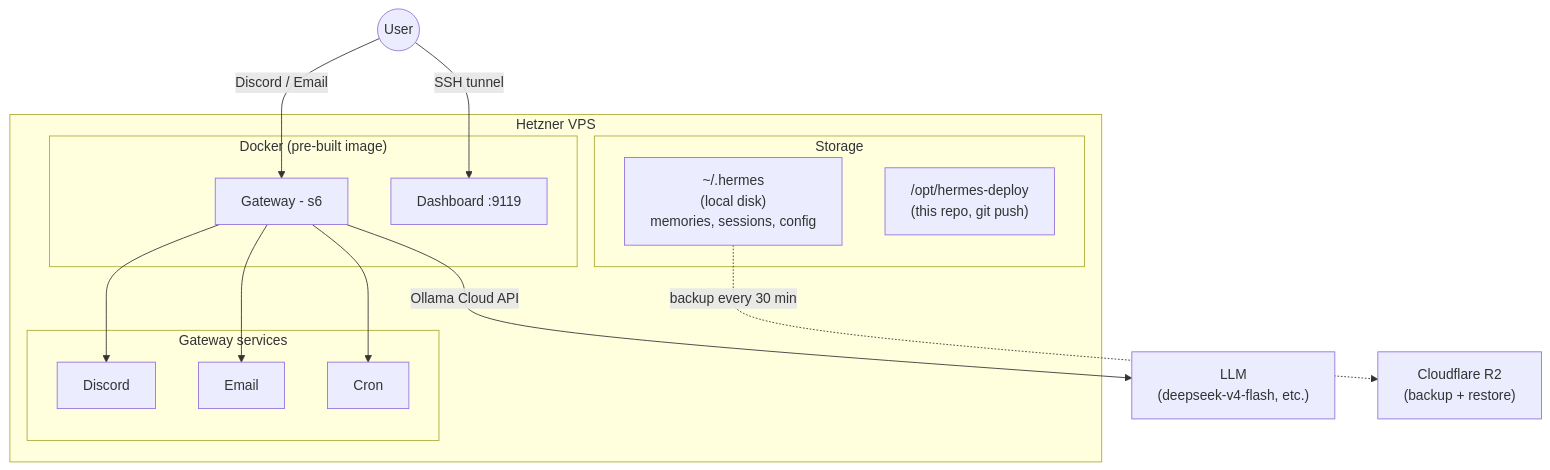
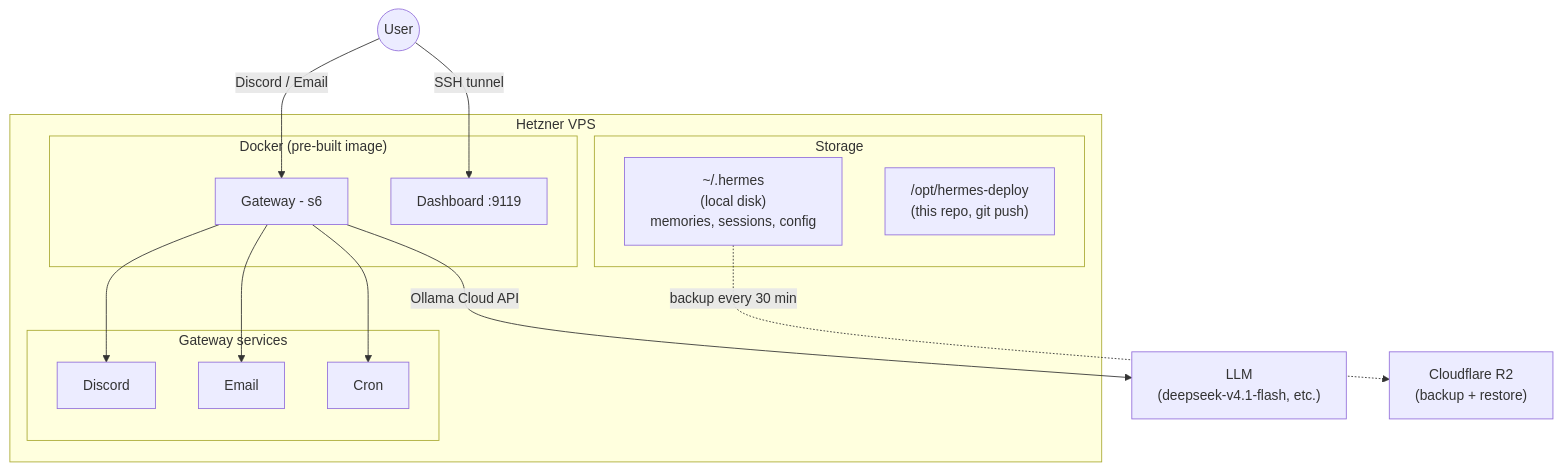
One commit to francescomucio/hermes-deploy changed the diagram in README.md. Above: the diagram before and after it, drawn with Mermaid. The commit also changed other lines of this file and 2 other files, not shown here.

First line of the commit message:
Finish deepseek-v4.1-flash migration: root config.yaml and stragglers

````diff
--- a/README.md
+++ b/README.md
@@ -9,32 +9,32 @@
 ```mermaid
 graph TB
     User((User))
 
     User -->|Discord / Email| GW
     User -->|SSH tunnel| DB
 
     subgraph VPS[Hetzner VPS]
         subgraph Docker["Docker (pre-built image)"]
             GW[Gateway - s6]
             DB[Dashboard :9119]
         end
 
         subgraph Services[Gateway services]
             Discord
             Email
             Cron
         end
 
         subgraph Storage
             DATA["~/.hermes<br/>(local disk)<br/>memories, sessions, config"]
             REPO["/opt/hermes-deploy<br/>(this repo, git push)"]
         end
 
         GW --> Discord
         GW --> Email
         GW --> Cron
     end
 
-    GW -->|Ollama Cloud API| LLM["LLM<br/>(deepseek-v4-flash, etc.)"]
+    GW -->|Ollama Cloud API| LLM["LLM<br/>(deepseek-v4.1-flash, etc.)"]
     DATA -.->|backup every 30 min| R2["Cloudflare R2<br/>(backup + restore)"]
 ```
````
